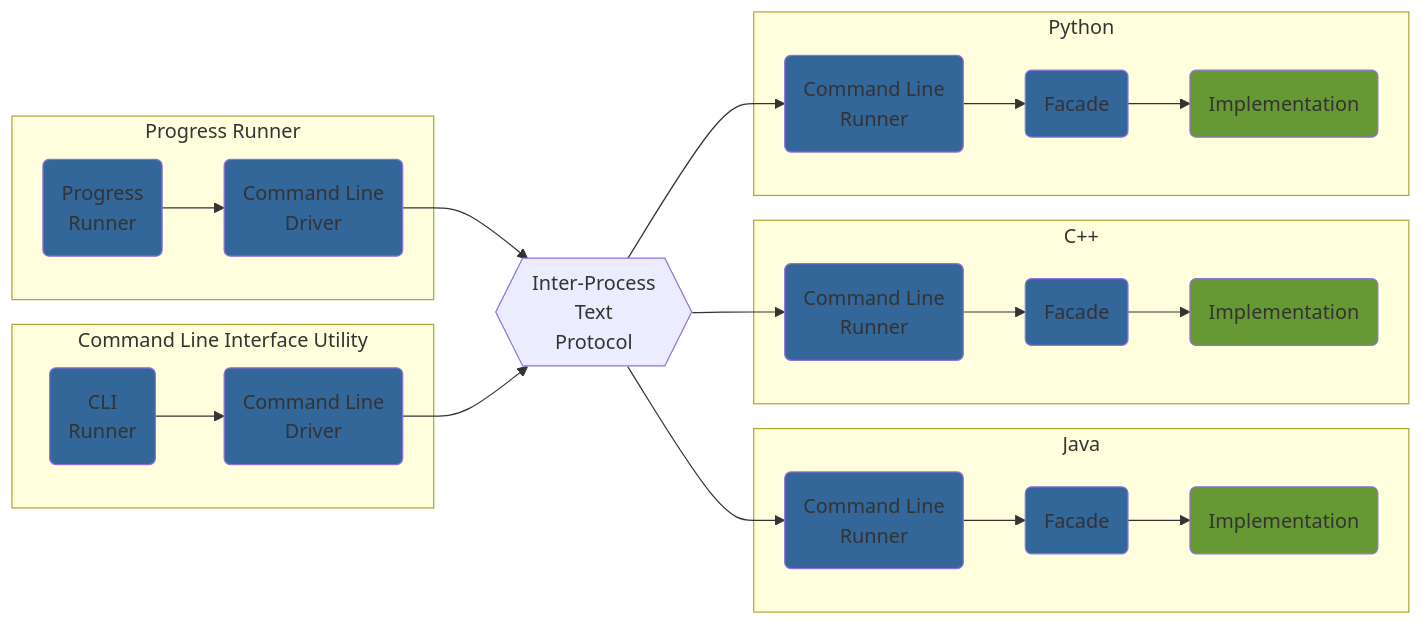
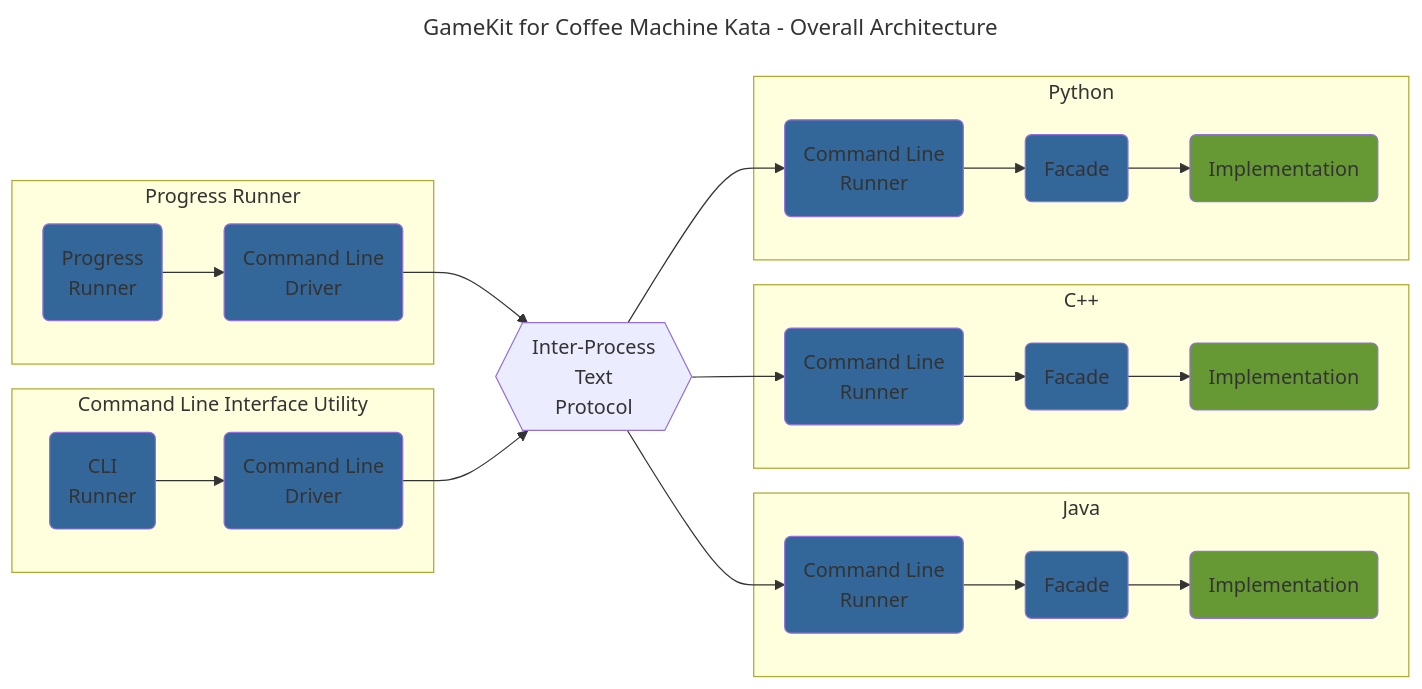
One commit to murex/gamekit-coffeemachine changed the first of 2 diagrams in README.md. Above: the diagram before and after it, drawn with Mermaid. The commit also changed other lines of this file and 1 other file, not shown here.

Commit message:
Add title and color legend to provided mermaid diagrams

````diff
--- a/README.md
+++ b/README.md
@@ -39,53 +39,56 @@
 ```mermaid
+---
+title: GameKit for Coffee Machine Kata - Overall Architecture
+---
 graph LR
     subgraph runner [Progress Runner]
         PROGRESS_RUNNER(Progress<br>Runner)
         CLI_DRIVER_1(Command Line<br>Driver)
     end
 
     subgraph cli [Command Line Interface Utility]
         CLI_RUNNER(CLI<br>Runner)
         CLI_DRIVER_2(Command Line<br>Driver)
     end
 
     PROTOCOL{{"Inter-Process<br>Text<br>Protocol"}}
 
     subgraph java [Java]
         JAVA_RUNNER(Command Line<br>Runner)
         JAVA_FACADE(Facade)
         JAVA_IMPL(Implementation)
     end
 
     subgraph cpp [C++]
         CPP_RUNNER(Command Line<br>Runner)
         CPP_FACADE(Facade)
         CPP_IMPL(Implementation)
     end
 
     subgraph python [Python]
         PYTHON_RUNNER(Command Line<br>Runner)
         PYTHON_FACADE(Facade)
         PYTHON_IMPL(Implementation)
     end
 
     PROGRESS_RUNNER --> CLI_DRIVER_1 --> PROTOCOL
     CLI_RUNNER --> CLI_DRIVER_2 --> PROTOCOL
     PROTOCOL --> JAVA_RUNNER --> JAVA_FACADE --> JAVA_IMPL
     PROTOCOL --> CPP_RUNNER --> CPP_FACADE --> CPP_IMPL
     PROTOCOL --> PYTHON_RUNNER --> PYTHON_FACADE --> PYTHON_IMPL
-    classDef testModule fill:#369;
+    classDef providedModule fill:#369;
     classDef implModule fill:#693;
-    class PROGRESS_RUNNER testModule;
-    class CLI_DRIVER_1 testModule;
-    class CLI_RUNNER testModule;
-    class CLI_DRIVER_2 testModule;
-    class JAVA_RUNNER testModule;
-    class JAVA_FACADE testModule;
+    class PROGRESS_RUNNER providedModule;
+    class CLI_DRIVER_1 providedModule;
+    class CLI_RUNNER providedModule;
+    class CLI_DRIVER_2 providedModule;
+    class JAVA_RUNNER providedModule;
+    class JAVA_FACADE providedModule;
     class JAVA_IMPL implModule;
-    class CPP_RUNNER testModule;
-    class CPP_FACADE testModule;
+    class CPP_RUNNER providedModule;
+    class CPP_FACADE providedModule;
     class CPP_IMPL implModule;
-    class PYTHON_RUNNER testModule;
-    class PYTHON_FACADE testModule;
+    class PYTHON_RUNNER providedModule;
+    class PYTHON_FACADE providedModule;
     class PYTHON_IMPL implModule;
 ```
````
